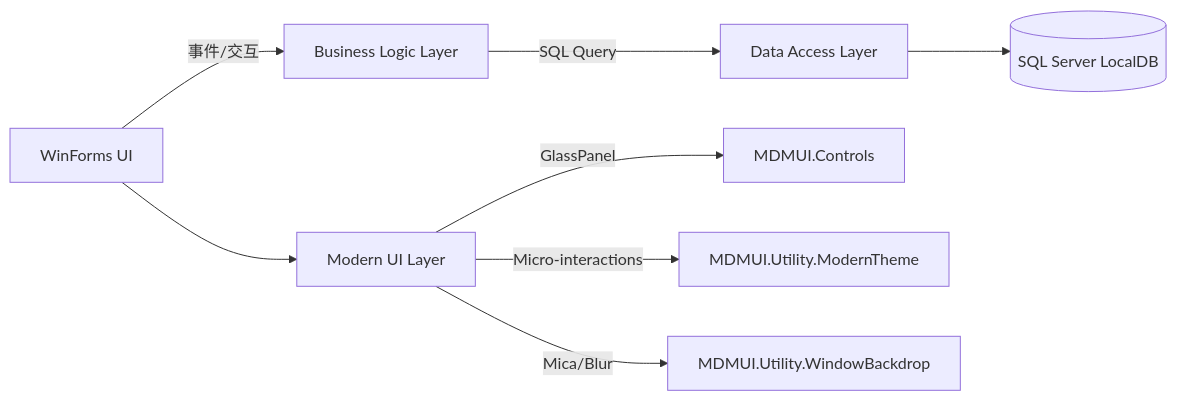
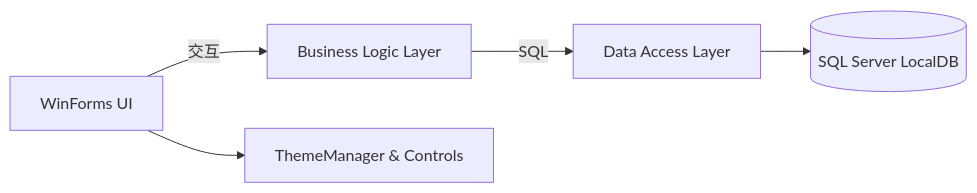
One commit to TUR1412/MDMUI changed the diagram in README.md. Above: the diagram before and after it, drawn with Mermaid. The commit also changed other lines of this file and 44 other files, not shown here.

````diff
--- a/README.md
+++ b/README.md
@@ -34,11 +35,8 @@
 ```mermaid
 flowchart LR
-  UI[WinForms UI] -->|事件/交互| BLL[Business Logic Layer]
-  BLL -->|SQL Query| DAL[Data Access Layer]
+  UI[WinForms UI] -->|交互| BLL[Business Logic Layer]
+  BLL -->|SQL| DAL[Data Access Layer]
   DAL --> DB[(SQL Server LocalDB)]
 
-  UI --> UX[Modern UI Layer]
-  UX -->|GlassPanel| Controls[MDMUI.Controls]
-  UX -->|Micro-interactions| Theme[MDMUI.Utility.ModernTheme]
-  UX -->|Mica/Blur| Backdrop[MDMUI.Utility.WindowBackdrop]
+  UI --> Theme[ThemeManager & Controls]
 ```
````
